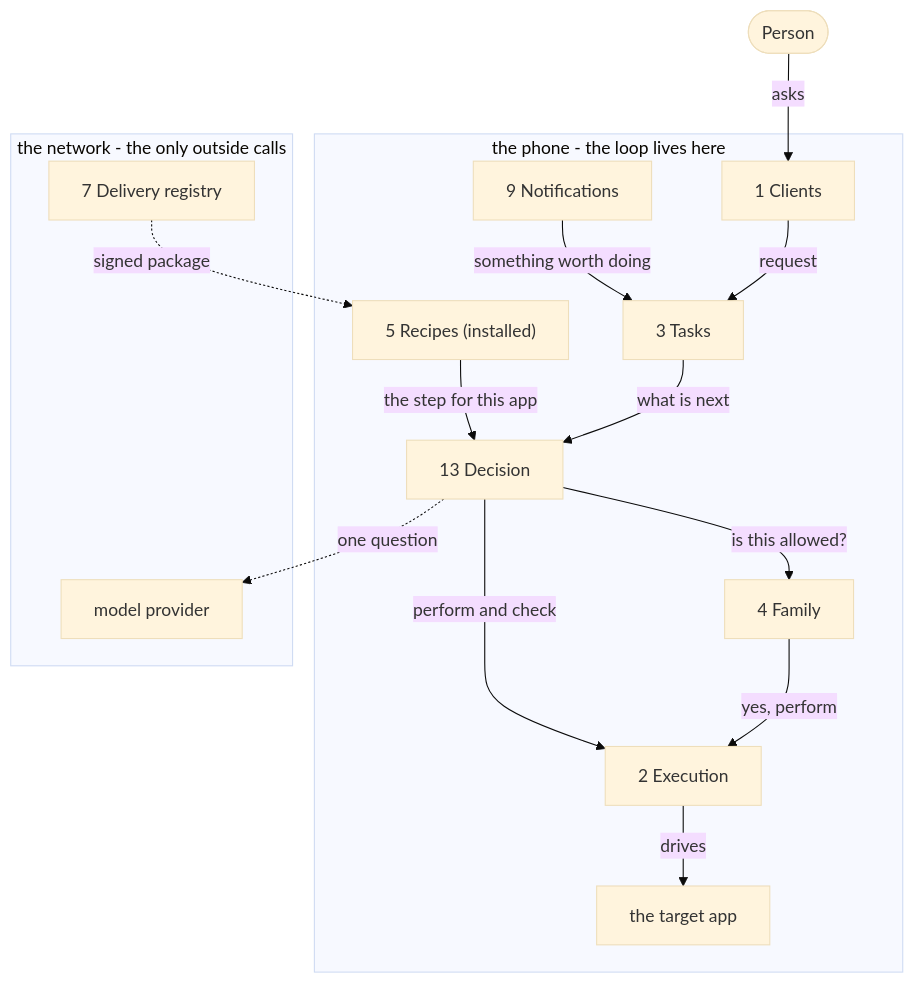
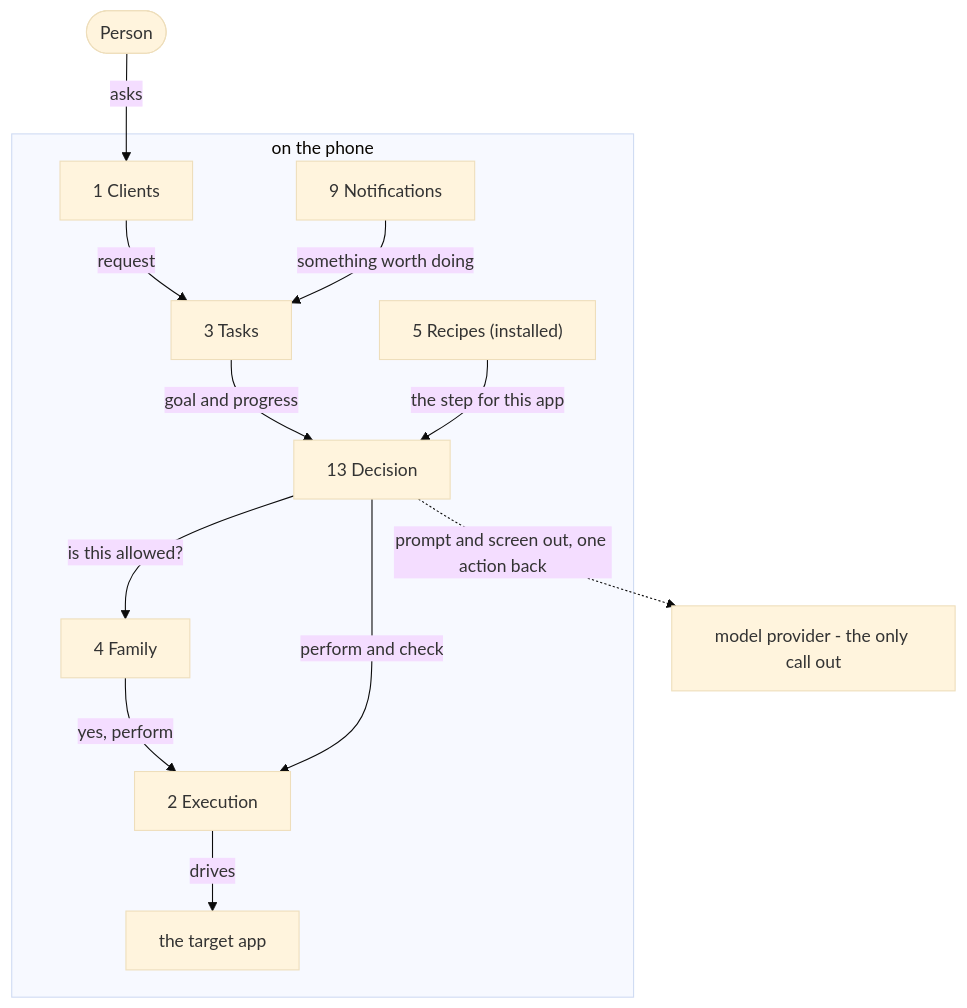
The first of 3 diagrams in docs/project/operations/teams.md (ChayaLevi/hopa), drawn with Mermaid (base theme) before and after one commit. The commit also changed other lines of this file, not shown here.

First line of the commit message:
docs(teams): one band, one call out, and what a step carries

````diff
--- a/docs/project/operations/teams.md
+++ b/docs/project/operations/teams.md
@@ -83,32 +83,28 @@
 ```mermaid
 flowchart TB
     person(["Person"])
 
-    subgraph phone["the phone - the loop lives here"]
+    subgraph phone["on the phone"]
         clients["1 Clients"]
+        notes["9 Notifications"]
         tasks["3 Tasks"]
-        notes["9 Notifications"]
+        recipes["5 Recipes (installed)"]
         decision["13 Decision"]
         family["4 Family"]
-        recipes["5 Recipes (installed)"]
         execution["2 Execution"]
         target["the target app"]
     end
 
-    subgraph net["the network - the only outside calls"]
-        model["model provider"]
-        registry["7 Delivery registry"]
-    end
+    model["model provider - the only call out"]
 
     person -->|asks| clients
     clients -->|request| tasks
     notes -->|something worth doing| tasks
-    tasks -->|what is next| decision
+    tasks -->|goal and progress| decision
     recipes -->|the step for this app| decision
     decision -->|is this allowed?| family
     family -->|yes, perform| execution
     decision -->|perform and check| execution
     execution -->|drives| target
-    decision -.->|one question| model
-    registry -.->|signed package| recipes
+    decision -.->|prompt and screen out, one action back| model
 ```
````
